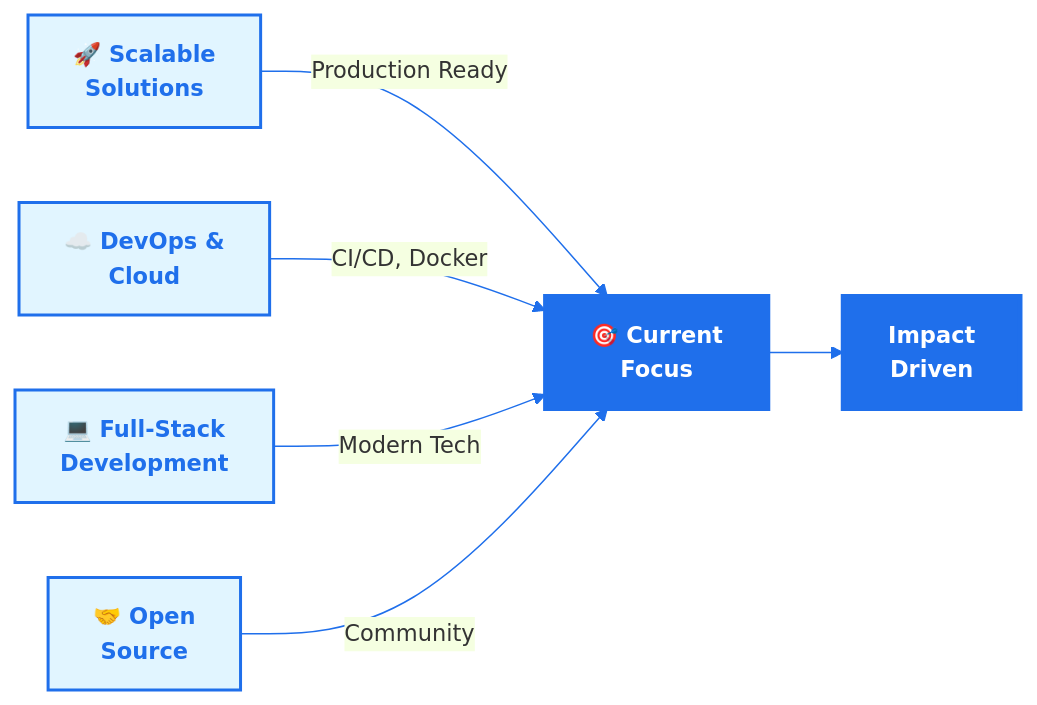
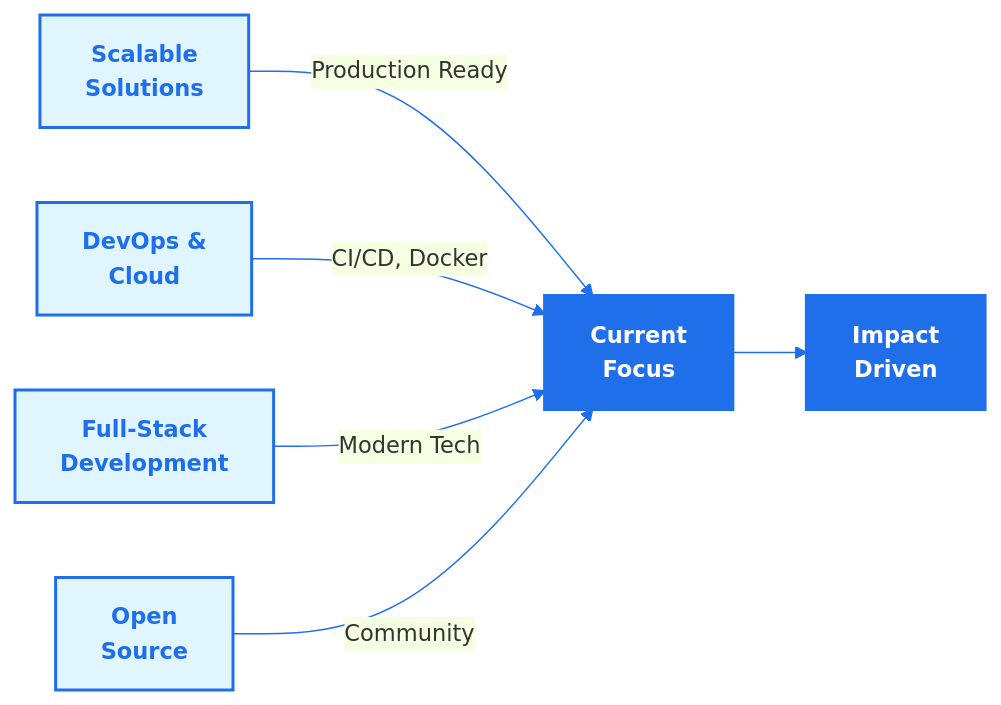
One commit to vikrantwiz02/vikrantwiz02 changed the third of 3 diagrams in README.md. Above: the diagram before and after it, drawn with Mermaid. The commit also changed other lines of this file, not shown here.

````diff
--- a/README.md
+++ b/README.md
@@ -269,17 +250,17 @@
 ```mermaid
 %%{init: {'flowchart': {'htmlLabels': true}, 'theme': 'base', 'themeVariables': { 'primaryColor':'#e1f5ff', 'primaryBorderColor':'#1f6feb', 'lineColor':'#1f6feb', 'tertiaryColor':'#1f6feb', 'tertiaryTextColor':'#fff', 'fontSize':'15px', 'fontFamily': 'Segoe UI'}}}%%
 graph LR
-    A["<b>🚀 Scalable<br/>Solutions</b>"] -->|Production Ready| B["<b>🎯 Current<br/>Focus</b>"]
-    C["<b>☁️ DevOps &<br/>Cloud</b>"] -->|CI/CD, Docker| B
-    D["<b>💻 Full-Stack<br/>Development</b>"] -->|Modern Tech| B
-    E["<b>🤝 Open<br/>Source</b>"] -->|Community| B
+    A["<b>Scalable<br/>Solutions</b>"] -->|Production Ready| B["<b>Current<br/>Focus</b>"]
+    C["<b>DevOps &<br/>Cloud</b>"] -->|CI/CD, Docker| B
+    D["<b>Full-Stack<br/>Development</b>"] -->|Modern Tech| B
+    E["<b>Open<br/>Source</b>"] -->|Community| B
     
     B --> F["<b>Impact<br/>Driven</b>"]
     
     style A fill:#e1f5ff,stroke:#1f6feb,stroke-width:2px,color:#1f6feb
     style C fill:#e1f5ff,stroke:#1f6feb,stroke-width:2px,color:#1f6feb
     style D fill:#e1f5ff,stroke:#1f6feb,stroke-width:2px,color:#1f6feb
     style E fill:#e1f5ff,stroke:#1f6feb,stroke-width:2px,color:#1f6feb
     style B fill:#1f6feb,stroke:#1f6feb,stroke-width:3px,color:#fff
     style F fill:#1f6feb,stroke:#1f6feb,stroke-width:3px,color:#fff
 ```
````
